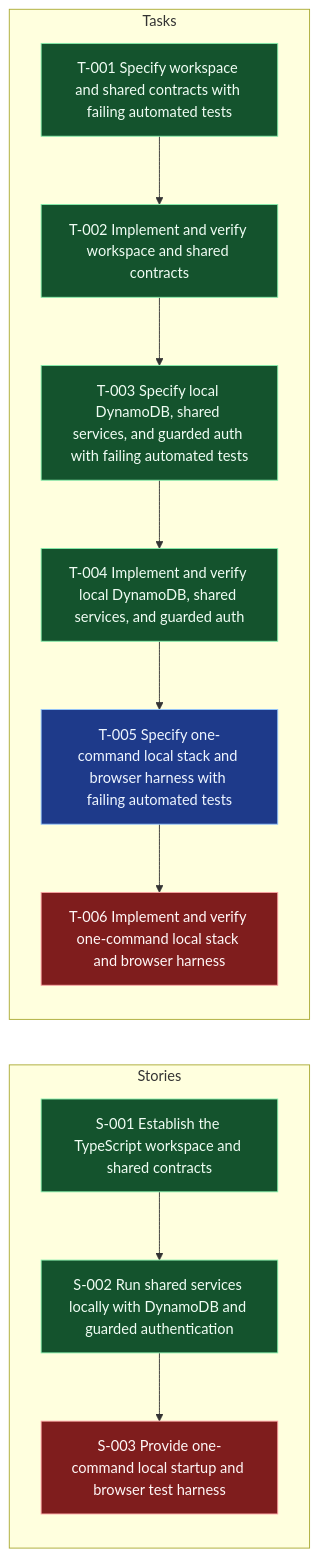
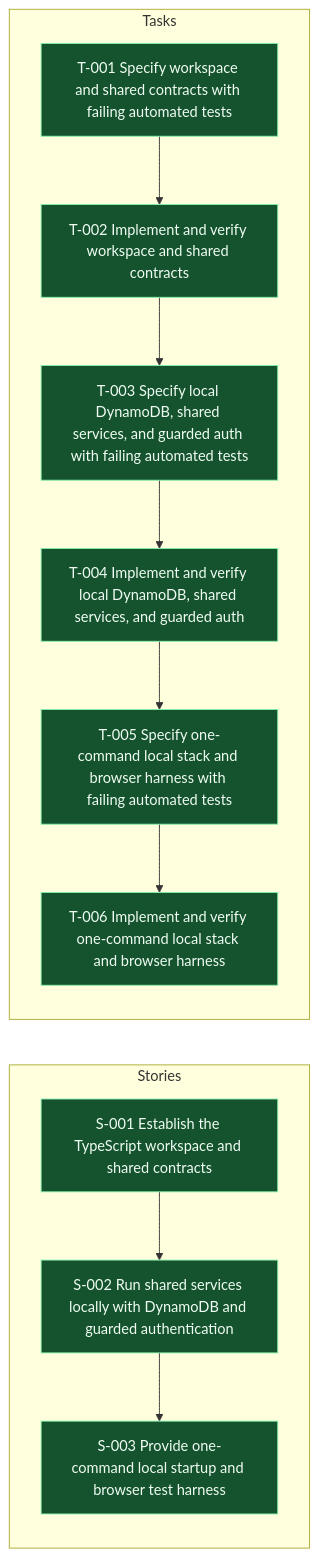
Before and after one commit to andybalham/invite-agent: the diagram in .worktracker/graphs/E-001.mmd, drawn with Mermaid. The commit also changed 30 other files, not shown here.

First line of the commit message:
feat: Add local development stack and testing infrastructure

```diff
--- a/.worktracker/graphs/E-001.mmd
+++ b/.worktracker/graphs/E-001.mmd
@@ -1,35 +1,35 @@
 graph LR
   classDef done fill:#14532d,stroke:#86efac,color:#f0fdf4;
   classDef blocked fill:#7f1d1d,stroke:#fca5a5,color:#fff7f7;
   classDef inprogress fill:#78350f,stroke:#fbbf24,color:#fffbeb;
   classDef todo fill:#1e3a8a,stroke:#93c5fd,color:#eff6ff;
   classDef empty fill:#374151,stroke:#d1d5db,color:#f9fafb,stroke-dasharray: 3 3;
   subgraph Stories
     S001["S-001 Establish the TypeScript workspace and shared contracts"]:::done
     S002["S-002 Run shared services locally with DynamoDB and guarded authentication"]:::done
-    S003["S-003 Provide one-command local startup and browser test harness"]:::blocked
+    S003["S-003 Provide one-command local startup and browser test harness"]:::done
     S001 --> S002
     S002 --> S003
   end
   subgraph Tasks
     T001["T-001 Specify workspace and shared contracts with failing automated tests"]:::done
     T002["T-002 Implement and verify workspace and shared contracts"]:::done
     T003["T-003 Specify local DynamoDB, shared services, and guarded auth with failing automated tests"]:::done
     T004["T-004 Implement and verify local DynamoDB, shared services, and guarded auth"]:::done
-    T005["T-005 Specify one-command local stack and browser harness with failing automated tests"]:::todo
-    T006["T-006 Implement and verify one-command local stack and browser harness"]:::blocked
+    T005["T-005 Specify one-command local stack and browser harness with failing automated tests"]:::done
+    T006["T-006 Implement and verify one-command local stack and browser harness"]:::done
     T001 --> T002
     T002 --> T003
     T003 --> T004
     T004 --> T005
     T005 --> T006
   end
   click S001 "../entities/S-001-establish-the-typescript-workspace-and-shared-contracts.md"
   click S002 "../entities/S-002-run-shared-services-locally-with-dynamodb-and-guarded-authentication.md"
   click S003 "../entities/S-003-provide-one-command-local-startup-and-browser-test-harness.md"
   click T001 "../entities/T-001-specify-workspace-and-shared-contracts-with-failing-automated-tests.md"
   click T002 "../entities/T-002-implement-and-verify-workspace-and-shared-contracts.md"
   click T003 "../entities/T-003-specify-local-dynamodb-shared-services-and-guarded-auth-with-failing-automated-tests.md"
   click T004 "../entities/T-004-implement-and-verify-local-dynamodb-shared-services-and-guarded-auth.md"
   click T005 "../entities/T-005-specify-one-command-local-stack-and-browser-harness-with-failing-automated-tests.md"
   click T006 "../entities/T-006-implement-and-verify-one-command-local-stack-and-browser-harness.md"
```
